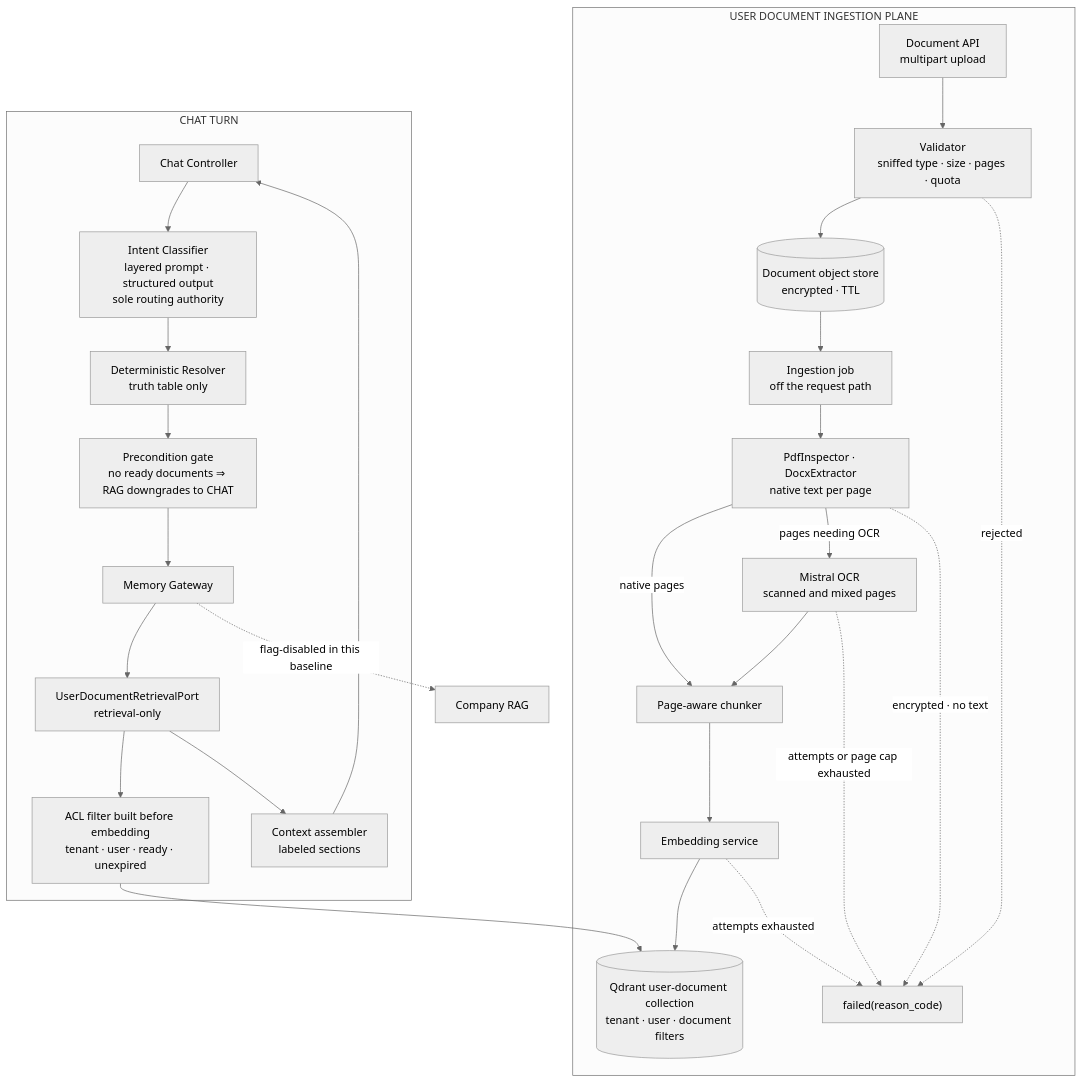
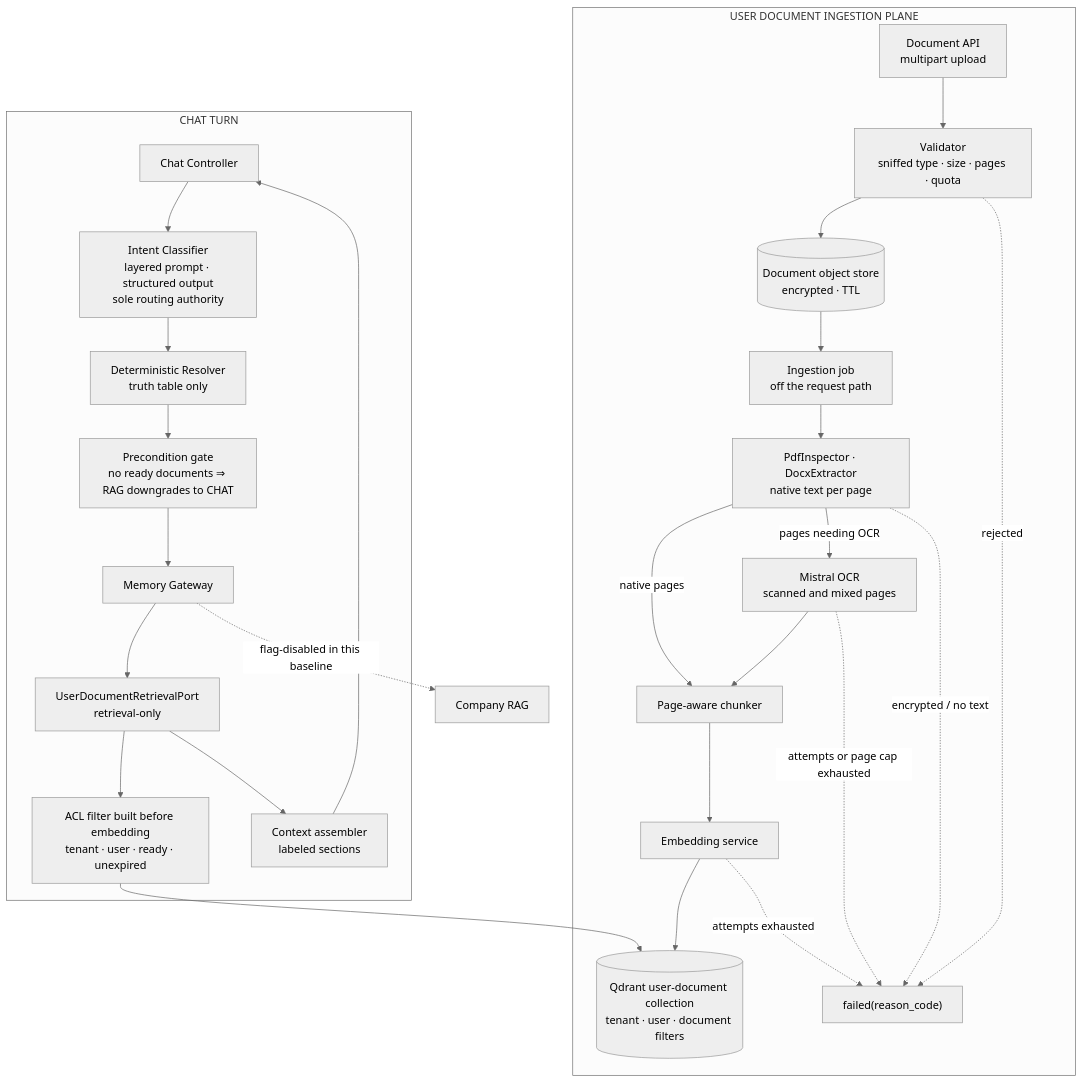
Diagram 12 of 12 in docs/architectures/TARGET-ARCHITECTURE.md (MathematicGuy/EMAIL-AGENT-v1), drawn with Mermaid (neutral theme) before and after one commit. The commit also changed other lines of this file, not shown here.

Commit message:
Update RAG Target Architecture

````diff
--- a/docs/architectures/TARGET-ARCHITECTURE.md
+++ b/docs/architectures/TARGET-ARCHITECTURE.md
@@ -1750,39 +2022,39 @@
 ```mermaid
 flowchart TB
     subgraph INGEST["USER DOCUMENT INGESTION PLANE"]
         UP["Document API<br/>multipart upload"]
         VALID["Validator<br/>sniffed type · size · pages · quota"]
         OBJ[("Document object store<br/>encrypted · TTL")]
         JOB["Ingestion job<br/>off the request path"]
         DETECT["PdfInspector · DocxExtractor<br/>native text per page"]
         OCR["Mistral OCR<br/>scanned and mixed pages"]
         PCHUNK["Page-aware chunker"]
         UEMBED["Embedding service"]
         UINDEX[("Qdrant user-document collection<br/>tenant · user · document filters")]
         UFAIL["failed(reason_code)"]
     end
 
     UP --> VALID --> OBJ --> JOB --> DETECT
     DETECT -->|native pages| PCHUNK
     DETECT -->|pages needing OCR| OCR --> PCHUNK
     PCHUNK --> UEMBED --> UINDEX
-    VALID -. rejected .-> UFAIL
-    DETECT -. encrypted · no text .-> UFAIL
-    OCR -. attempts or page cap exhausted .-> UFAIL
-    UEMBED -. attempts exhausted .-> UFAIL
+    VALID -.->|"rejected"| UFAIL
+    DETECT -.->|"encrypted / no text"| UFAIL
+    OCR -.->|"attempts or page cap exhausted"| UFAIL
+    UEMBED -.->|"attempts exhausted"| UFAIL
 
     subgraph CHATTURN["CHAT TURN"]
         CHAT["Chat Controller"]
         CLS["Intent Classifier<br/>layered prompt · structured output<br/>sole routing authority"]
         RES["Deterministic Resolver<br/>truth table only"]
         GATE["Precondition gate<br/>no ready documents ⇒ RAG downgrades to CHAT"]
         GW["Memory Gateway"]
         DOCPORT["UserDocumentRetrievalPort<br/>retrieval-only"]
         DACL["ACL filter built before embedding<br/>tenant · user · ready · unexpired"]
         CTX["Context assembler<br/>labeled sections"]
     end
 
     CHAT --> CLS --> RES --> GATE --> GW --> DOCPORT --> DACL --> UINDEX
-    GW -. flag-disabled in this baseline .-> COMPANY["Company RAG"]
+    GW -.->|"flag-disabled in this baseline"| COMPANY["Company RAG"]
     DOCPORT --> CTX --> CHAT
 ```
````
